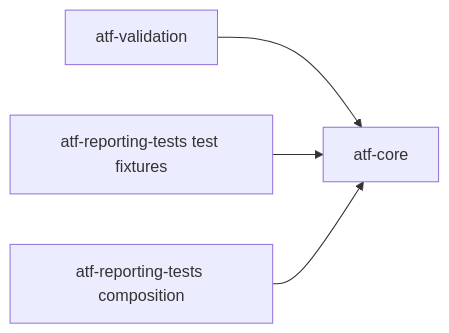
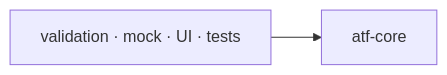
Before and after one commit to crististefanita/demo2: the diagram in atf-core/README.md, drawn with Mermaid. The commit also changed 132 other files, not shown here.

Commit message:
Refine Java ATF reporting assets and Practice Shop validation

````diff
--- a/atf-core/README.md
+++ b/atf-core/README.md
@@ -16,6 +16,4 @@
 ```mermaid
 flowchart LR
-    Validation[atf-validation] --> Core[atf-core]
-    ReportingTests[atf-reporting-tests test fixtures] --> Core
-    Tests[atf-reporting-tests composition] --> Core
+    Consumers[validation · mock · UI · tests] --> Core[atf-core]
 ```
````
